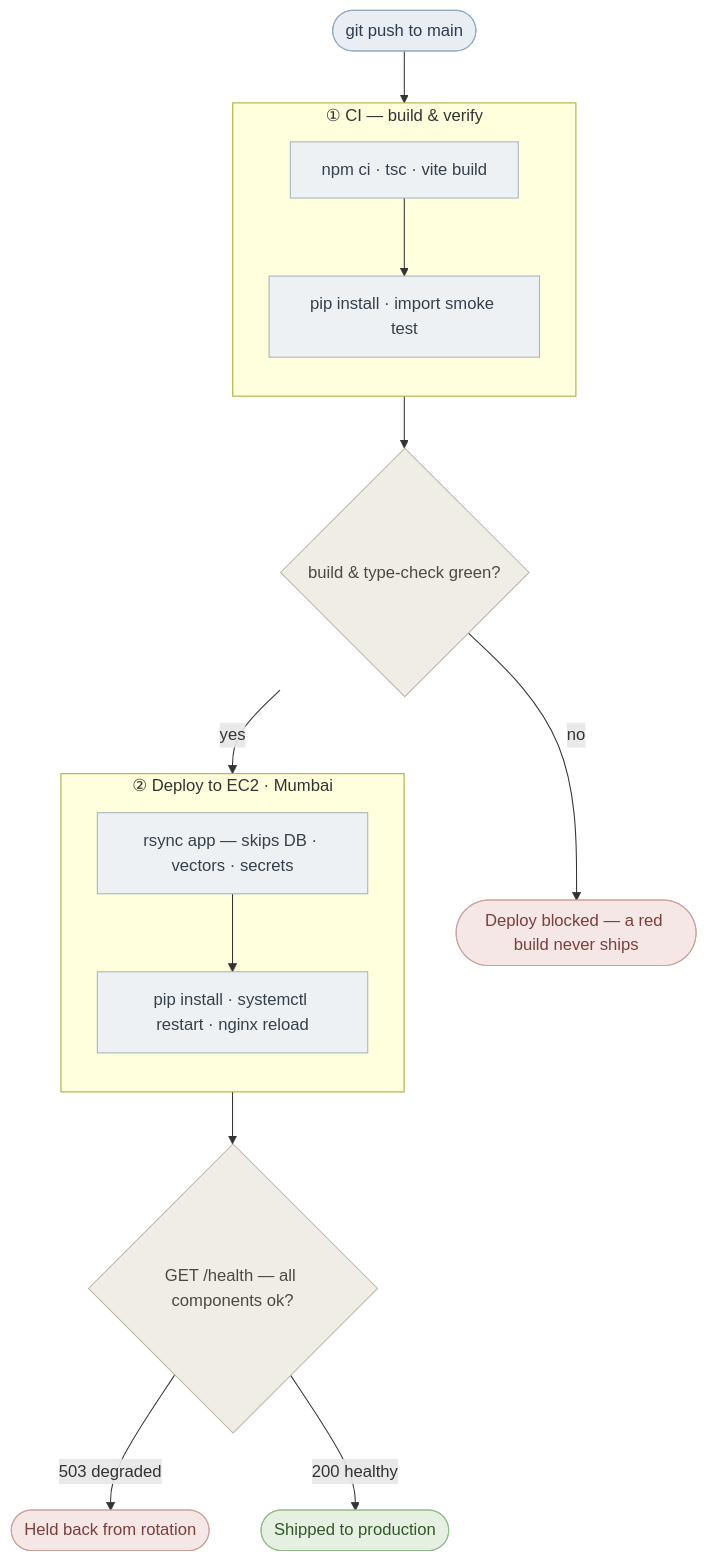
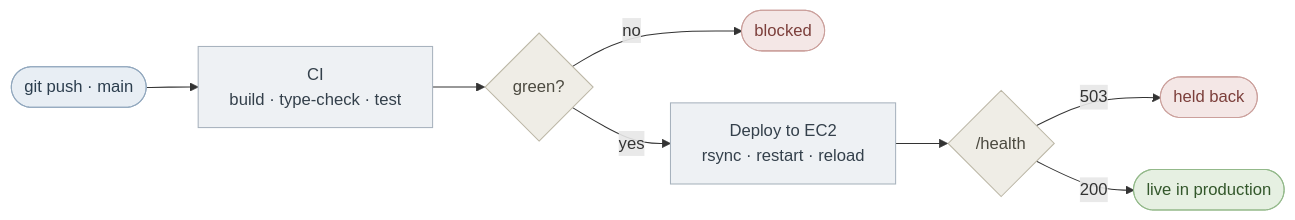
Before and after one commit to ShivaSanthoshP/JatayuS5-TankBusters: the fourth of 4 diagrams in README.md, drawn with Mermaid. The commit also changed other lines of this file, not shown here.

First line of the commit message:
docs(readme): restyle agents diagram to component view, compact CI/CD diagram

````diff
--- a/README.md
+++ b/README.md
@@ -358,32 +350,16 @@
 ```mermaid
-flowchart TB
-    push(["git push to main"]):::trigger --> ci
-
-    subgraph ci["① CI — build & verify"]
-        direction TB
-        b1["npm ci · tsc · vite build"]:::step
-        b2["pip install · import smoke test"]:::step
-        b1 --> b2
-    end
-
-    ci --> gate{"build & type-check green?"}:::dec
-    gate -->|"no"| blocked(["Deploy blocked — a red build never ships"]):::stop
-    gate -->|"yes"| cd
-
-    subgraph cd["② Deploy to EC2 · Mumbai"]
-        direction TB
-        d1["rsync app — skips DB · vectors · secrets"]:::step
-        d2["pip install · systemctl restart · nginx reload"]:::step
-        d1 --> d2
-    end
-
-    cd --> health{"GET /health — all components ok?"}:::dec
-    health -->|"503 degraded"| held(["Held back from rotation"]):::stop
-    health -->|"200 healthy"| shipped(["Shipped to production"]):::ok
+flowchart LR
+    push(["git push · main"]):::trigger --> ci["CI<br/>build · type-check · test"]:::step
+    ci --> gate{"green?"}:::dec
+    gate -->|"no"| blocked(["blocked"]):::stop
+    gate -->|"yes"| deploy["Deploy to EC2<br/>rsync · restart · reload"]:::step
+    deploy --> health{"/health"}:::dec
+    health -->|"503"| held(["held back"]):::stop
+    health -->|"200"| live(["live in production"]):::ok
 
     classDef trigger fill:#E8EEF4,stroke:#92A8BE,color:#2B3D4D;
     classDef step fill:#EEF1F4,stroke:#A7B2BD,color:#34404B;
     classDef dec fill:#EFEDE6,stroke:#BCB7A6,color:#4C4A40;
     classDef ok fill:#E6F0E2,stroke:#93B98A,color:#33572B;
     classDef stop fill:#F4E7E6,stroke:#CBA09C,color:#7C3F3B;
 ```
````
